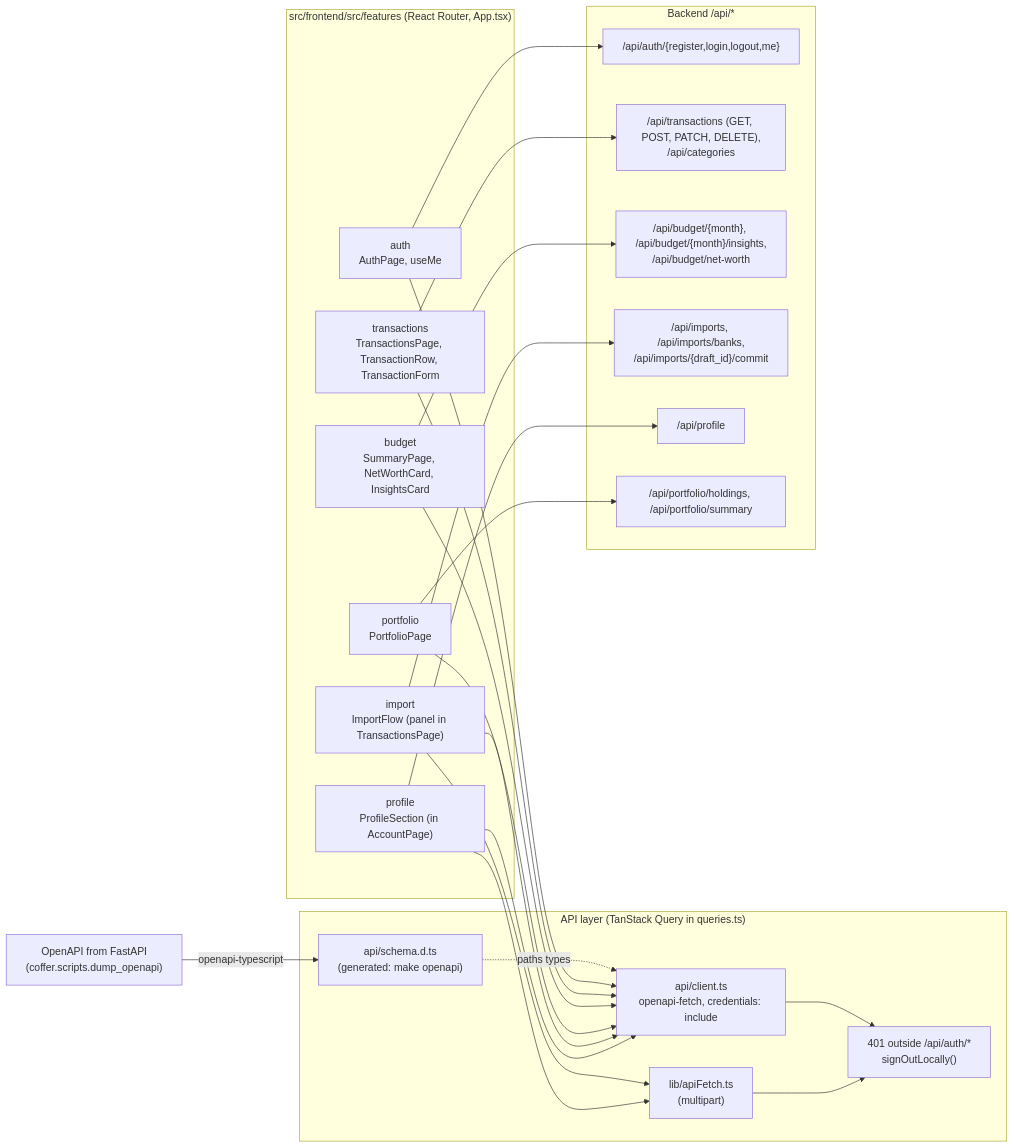
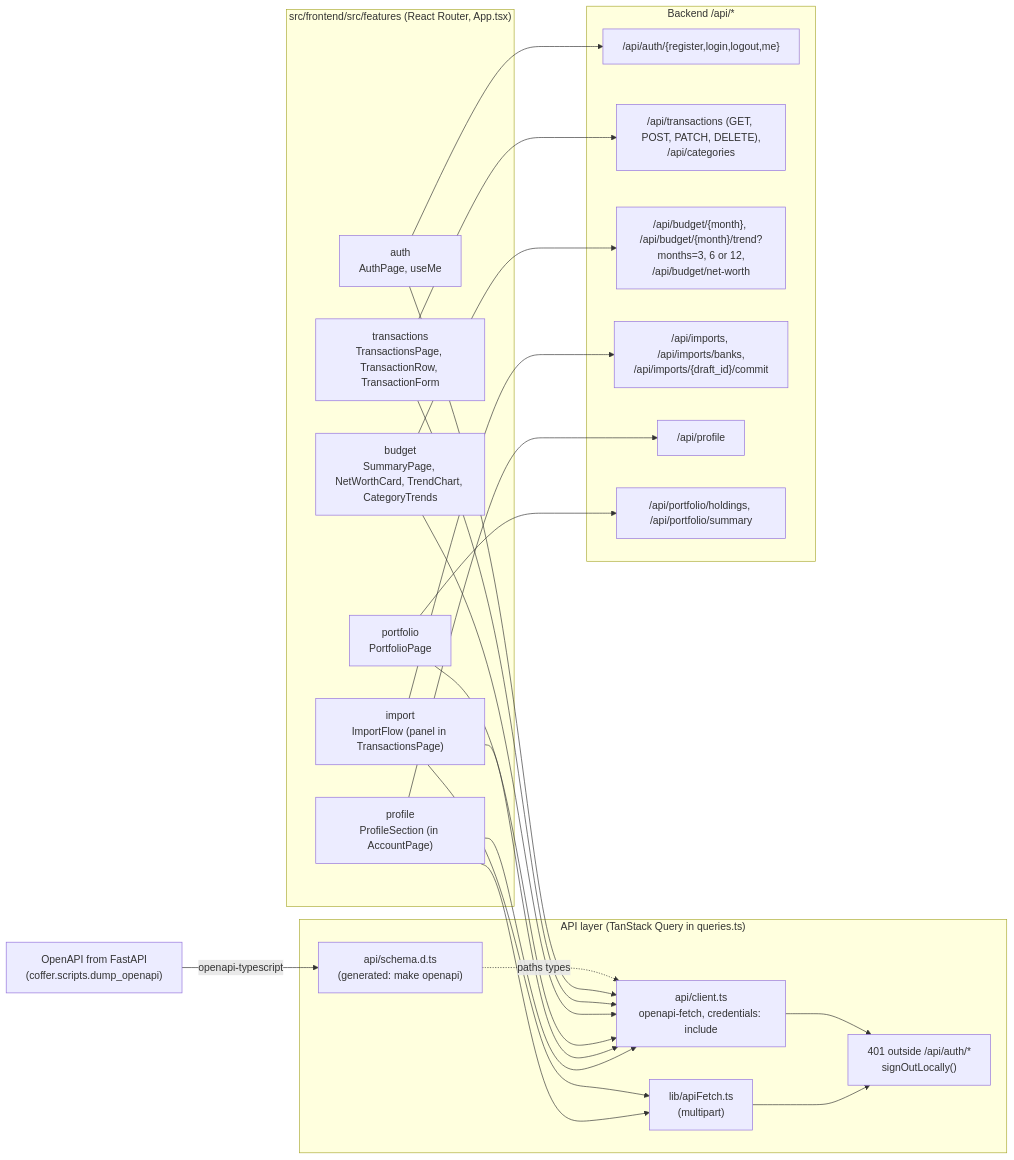
One commit to krzysztof-wojtowicz/coffer-demo changed the fourth of 5 diagrams in docs/architecture.md. Above: the diagram before and after it, drawn with Mermaid. The commit also changed other lines of this file and 41 other files, not shown here.

First line of the commit message:
ui-polish-and-budget-trends: borderless controls, on-screen dropdowns, opening balance at start of day, spending trends

````diff
--- a/docs/architecture.md
+++ b/docs/architecture.md
@@ -165,46 +165,46 @@
 ```mermaid
 flowchart LR
     subgraph pages["src/frontend/src/features (React Router, App.tsx)"]
         auth["auth<br/>AuthPage, useMe"]
         tx["transactions<br/>TransactionsPage, TransactionRow, TransactionForm"]
-        bud["budget<br/>SummaryPage, NetWorthCard, InsightsCard"]
+        bud["budget<br/>SummaryPage, NetWorthCard, TrendChart, CategoryTrends"]
         imp["import<br/>ImportFlow (panel in TransactionsPage)"]
         prof["profile<br/>ProfileSection (in AccountPage)"]
         port["portfolio<br/>PortfolioPage"]
     end
 
     subgraph apilayer["API layer (TanStack Query in queries.ts)"]
         client["api/client.ts<br/>openapi-fetch, credentials: include"]
         schema["api/schema.d.ts<br/>(generated: make openapi)"]
         rawfetch["lib/apiFetch.ts<br/>(multipart)"]
         guard["401 outside /api/auth/*<br/>signOutLocally()"]
     end
 
     openapi["OpenAPI from FastAPI<br/>(coffer.scripts.dump_openapi)"]
 
     subgraph endpoints["Backend /api/*"]
         e_auth["/api/auth/{register,login,logout,me}"]
         e_tx["/api/transactions (GET, POST, PATCH, DELETE),<br/>/api/categories"]
-        e_bud["/api/budget/{month}, /api/budget/{month}/insights,<br/>/api/budget/net-worth"]
+        e_bud["/api/budget/{month}, /api/budget/{month}/trend?months=3, 6 or 12,<br/>/api/budget/net-worth"]
         e_imp["/api/imports, /api/imports/banks,<br/>/api/imports/{draft_id}/commit"]
         e_prof["/api/profile"]
         e_port["/api/portfolio/holdings, /api/portfolio/summary"]
     end
 
     openapi -->|"openapi-typescript"| schema
     schema -.->|"paths types"| client
     auth & tx & bud & port --> client
     imp --> client
     imp --> rawfetch
     prof --> client
     prof --> rawfetch
     client --> guard
     rawfetch --> guard
 
     auth --> e_auth
     tx --> e_tx
     bud --> e_bud
     imp --> e_imp
     prof --> e_prof
     port --> e_port
 ```
````
